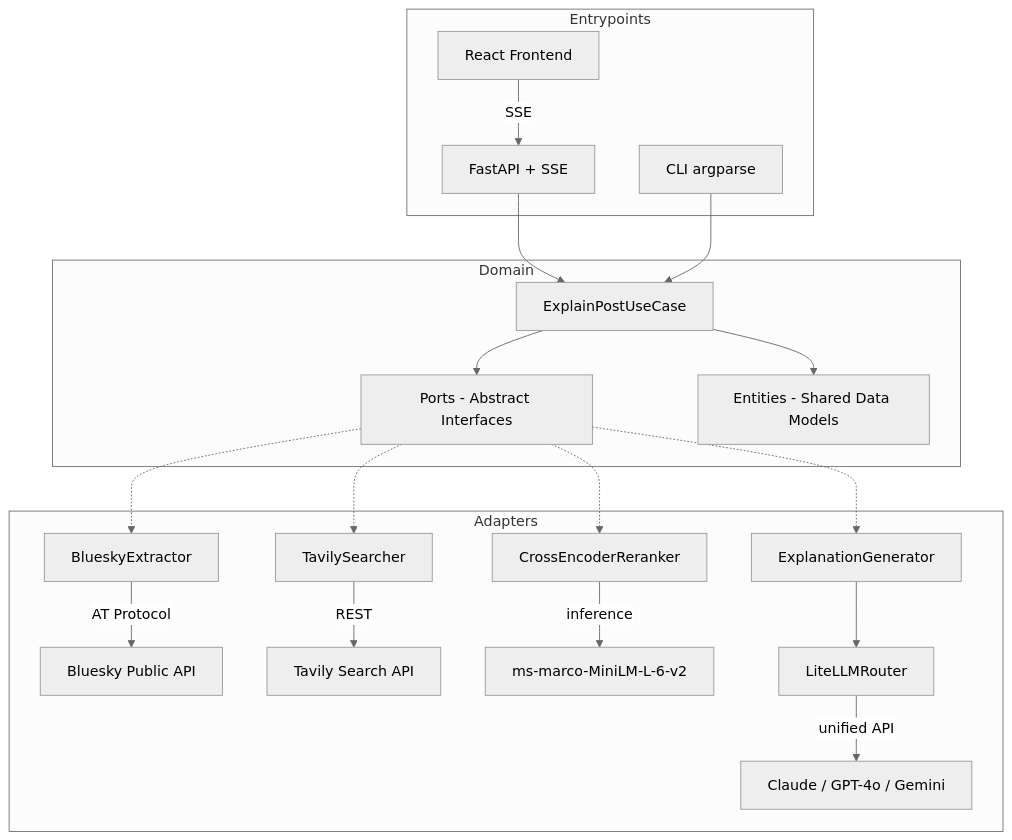
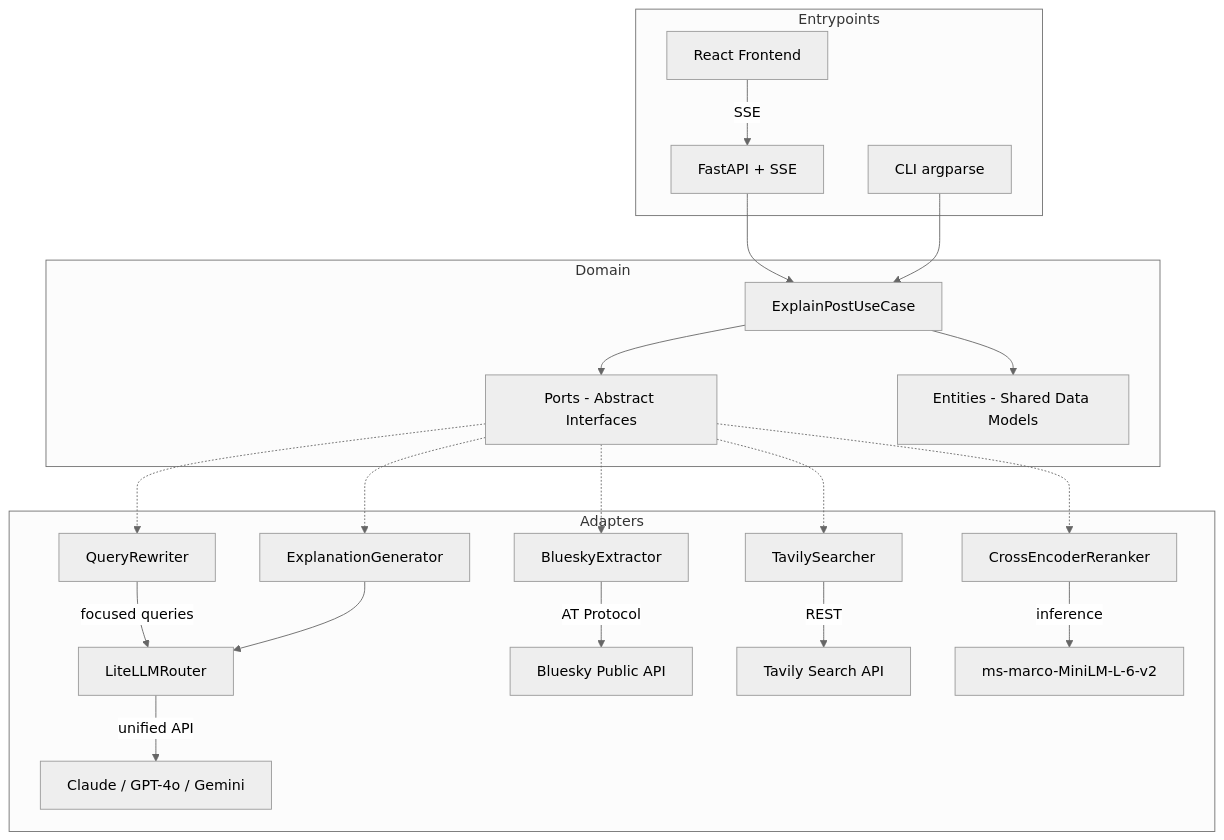
The first of 2 diagrams in README.md (raulprocha/bluesky-post-explainer), drawn with Mermaid (neutral theme) before and after one commit. The commit also changed other lines of this file and 7 other files, not shown here.

````diff
--- a/README.md
+++ b/README.md
@@ -47,30 +47,32 @@
 ```mermaid
 graph TD
     subgraph Entrypoints
         FE[React Frontend] -->|SSE| API[FastAPI + SSE]
         CLI[CLI argparse]
     end
 
     subgraph Domain
         UC[ExplainPostUseCase]
         P[Ports - Abstract Interfaces]
         E[Entities - Shared Data Models]
     end
 
     subgraph Adapters
+        QR[QueryRewriter] -->|focused queries| LR
         BE[BlueskyExtractor] -->|AT Protocol| BSky[Bluesky Public API]
         TS[TavilySearcher] -->|REST| Tavily[Tavily Search API]
         CR[CrossEncoderReranker] -->|inference| Model[ms-marco-MiniLM-L-6-v2]
         LR[LiteLLMRouter] -->|unified API| LLM[Claude / GPT-4o / Gemini]
         EG[ExplanationGenerator] --> LR
     end
 
     API --> UC
     CLI --> UC
     UC --> P
     UC --> E
+    P -.-> QR
     P -.-> BE
     P -.-> TS
     P -.-> CR
     P -.-> EG
 ```
````
